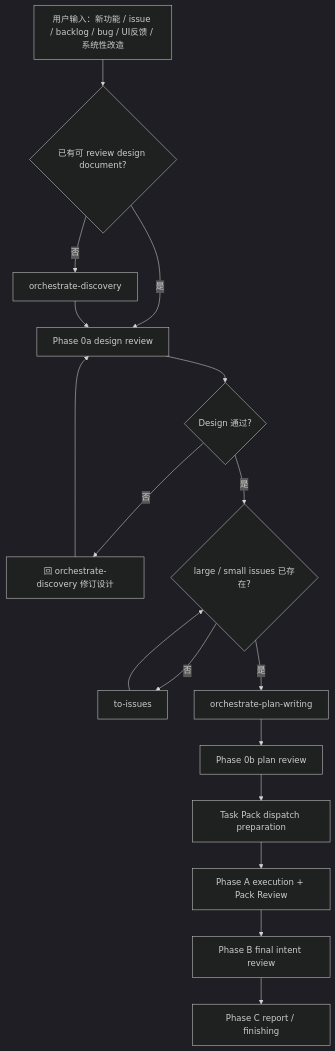
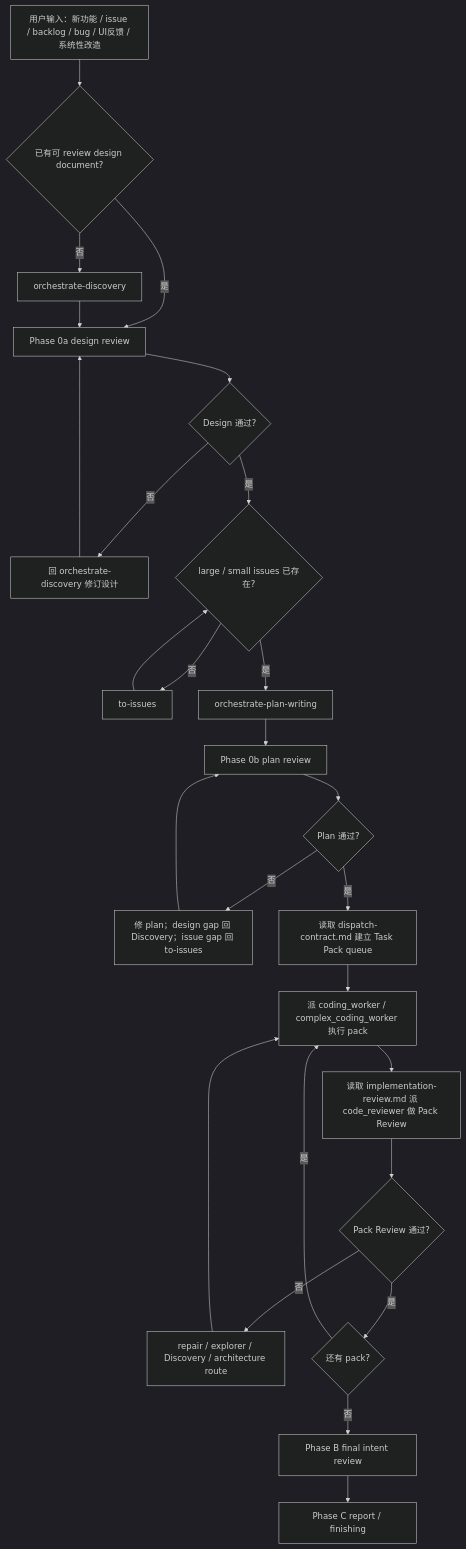
One commit to chancheuklap/multi-model-workflow changed the diagram in .agents/skills/orchestrate-workflow/SKILL.md. Above: the diagram before and after it, drawn with Mermaid (dark theme). The commit also changed other lines of this file and 2 other files, not shown here.

Commit message:
Repair orchestrate Phase A dispatch flow

````diff
--- a/.agents/skills/orchestrate-workflow/SKILL.md
+++ b/.agents/skills/orchestrate-workflow/SKILL.md
@@ -26,19 +27,28 @@
 ```mermaid
 flowchart TD
     A["用户输入：新功能 / issue / backlog / bug / UI反馈 / 系统性改造"] --> B{"已有可 review design document?"}
     B -->|否| C["orchestrate-discovery"]
     B -->|是| D["Phase 0a design review"]
     C --> D
     D --> E{"Design 通过?"}
     E -->|否| F["回 orchestrate-discovery 修订设计"]
     F --> D
     E -->|是| G{"large / small issues 已存在?"}
     G -->|否| H["to-issues"]
     H --> G
     G -->|是| I["orchestrate-plan-writing"]
     I --> J["Phase 0b plan review"]
-    J --> K["Task Pack dispatch preparation"]
-    K --> L["Phase A execution + Pack Review"]
-    L --> M["Phase B final intent review"]
-    M --> N["Phase C report / finishing"]
+    J --> K{"Plan 通过?"}
+    K -->|否| L["修 plan；design gap 回 Discovery；issue gap 回 to-issues"]
+    L --> J
+    K -->|是| M["读取 dispatch-contract.md 建立 Task Pack queue"]
+    M --> N["派 coding_worker / complex_coding_worker 执行 pack"]
+    N --> O["读取 implementation-review.md 派 code_reviewer 做 Pack Review"]
+    O --> P{"Pack Review 通过?"}
+    P -->|否| Q["repair / explorer / Discovery / architecture route"]
+    Q --> N
+    P -->|是| R{"还有 pack?"}
+    R -->|是| N
+    R -->|否| S["Phase B final intent review"]
+    S --> T["Phase C report / finishing"]
 ```
````
